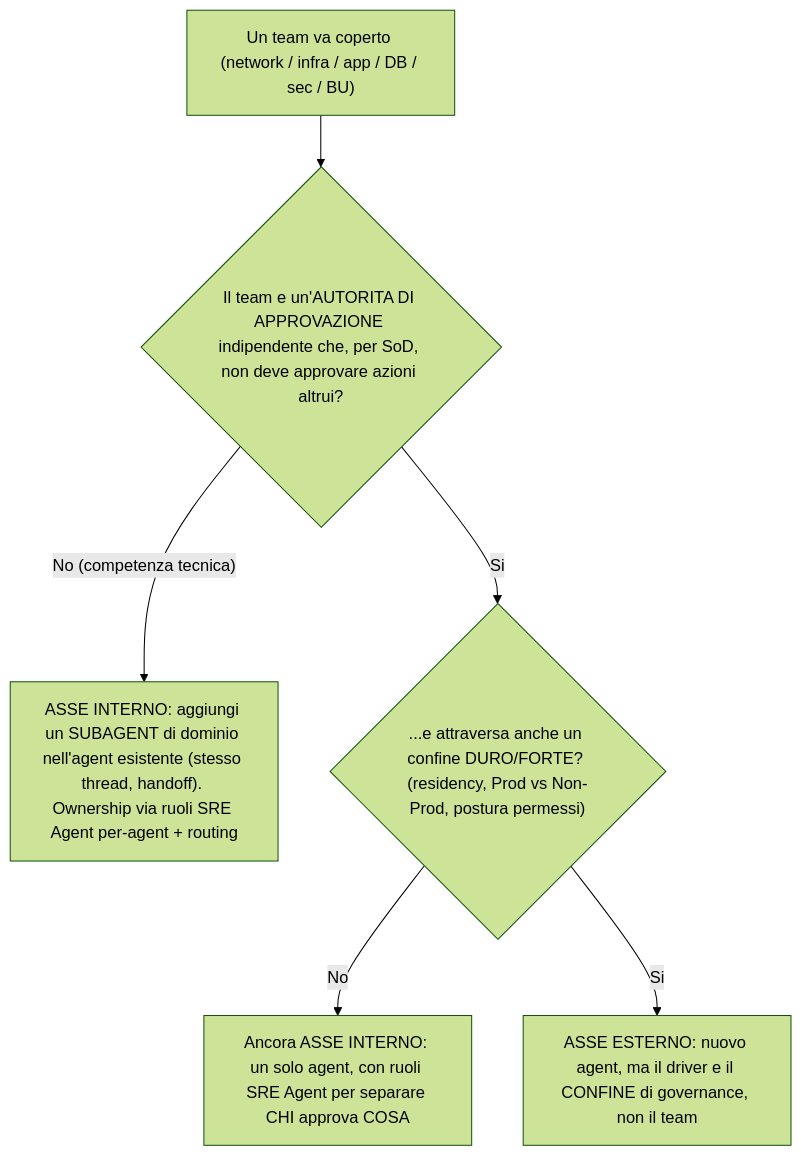
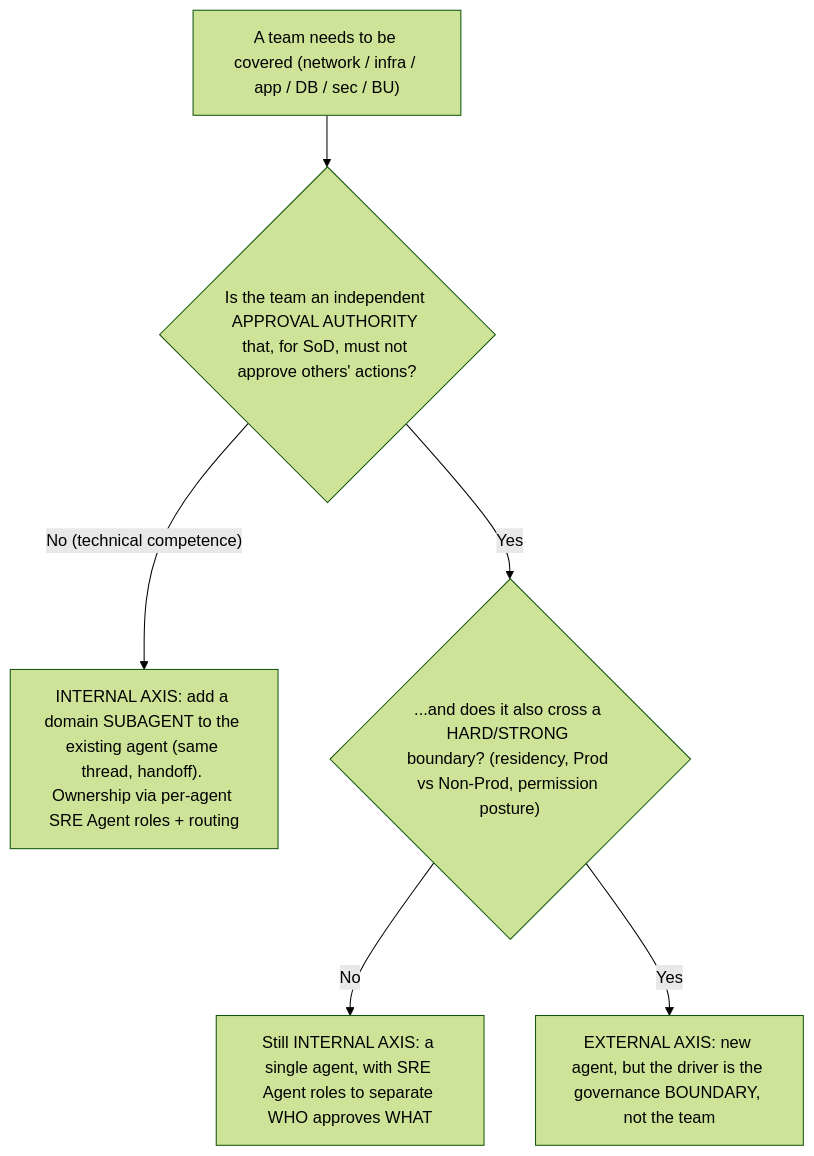
One commit to microsoft/frontier-sre-agent-rvas changed the second of 11 diagrams in Coach/Solutions/docs/azure-sre-agent/architectural-guide-lines/azure-sre-agent-fleet-architecture-guidelines.md. Above: the diagram before and after it, drawn with Mermaid (forest theme). The commit also changed other lines of this file and 2 other files, not shown here.

````diff
--- a/Coach/Solutions/docs/azure-sre-agent/architectural-guide-lines/azure-sre-agent-fleet-architecture-guidelines.md
+++ b/Coach/Solutions/docs/azure-sre-agent/architectural-guide-lines/azure-sre-agent-fleet-architecture-guidelines.md
@@ -256,8 +256,8 @@
 ```mermaid
 flowchart TD
-  T["Un team va coperto (network / infra / app / DB / sec / BU)"] --> Q1{"Il team e un'AUTORITA DI APPROVAZIONE indipendente che, per SoD, non deve approvare azioni altrui?"}
-  Q1 -->|"No (competenza tecnica)"| INT["ASSE INTERNO: aggiungi un SUBAGENT di dominio nell'agent esistente (stesso thread, handoff). Ownership via ruoli SRE Agent per-agent + routing"]
-  Q1 -->|Si| Q2{"...e attraversa anche un confine DURO/FORTE? (residency, Prod vs Non-Prod, postura permessi)"}
-  Q2 -->|No| INT2["Ancora ASSE INTERNO: un solo agent, con ruoli SRE Agent per separare CHI approva COSA"]
-  Q2 -->|Si| EXT["ASSE ESTERNO: nuovo agent, ma il driver e il CONFINE di governance, non il team"]
+  T["A team needs to be covered (network / infra / app / DB / sec / BU)"] --> Q1{"Is the team an independent APPROVAL AUTHORITY that, for SoD, must not approve others' actions?"}
+  Q1 -->|"No (technical competence)"| INT["INTERNAL AXIS: add a domain SUBAGENT to the existing agent (same thread, handoff). Ownership via per-agent SRE Agent roles + routing"]
+  Q1 -->|Yes| Q2{"...and does it also cross a HARD/STRONG boundary? (residency, Prod vs Non-Prod, permission posture)"}
+  Q2 -->|No| INT2["Still INTERNAL AXIS: a single agent, with SRE Agent roles to separate WHO approves WHAT"]
+  Q2 -->|Yes| EXT["EXTERNAL AXIS: new agent, but the driver is the governance BOUNDARY, not the team"]
 ```
````
